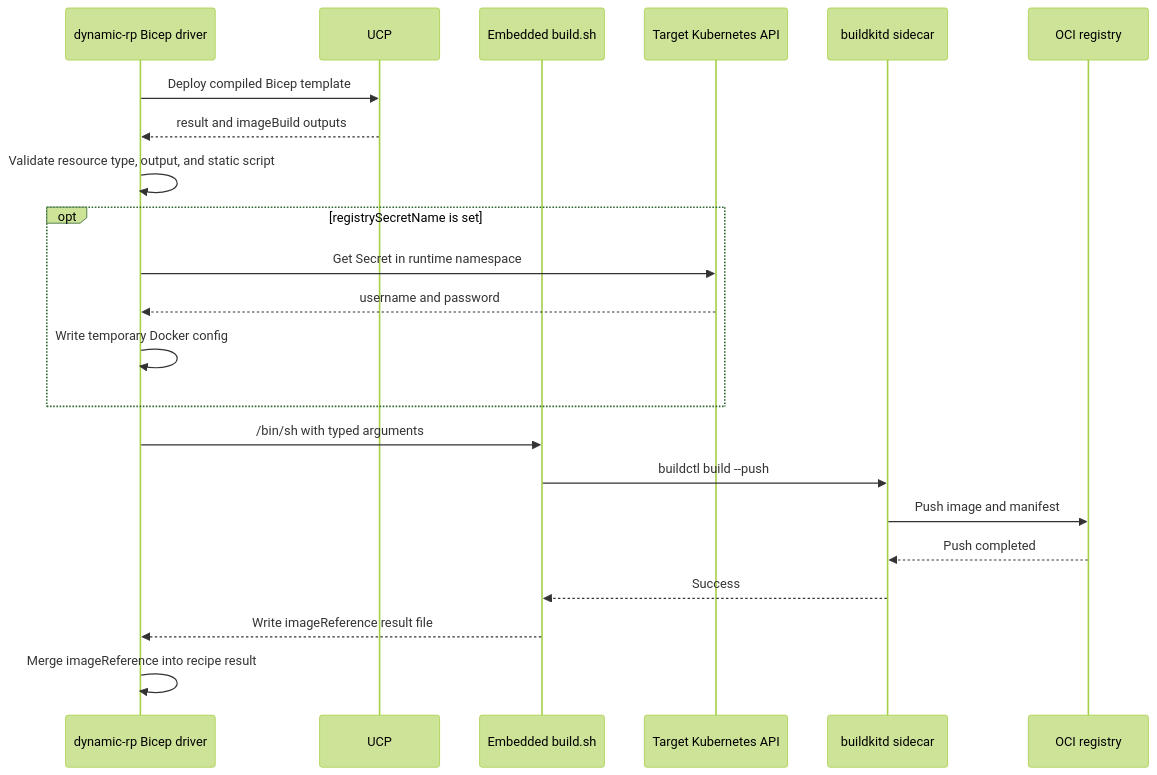
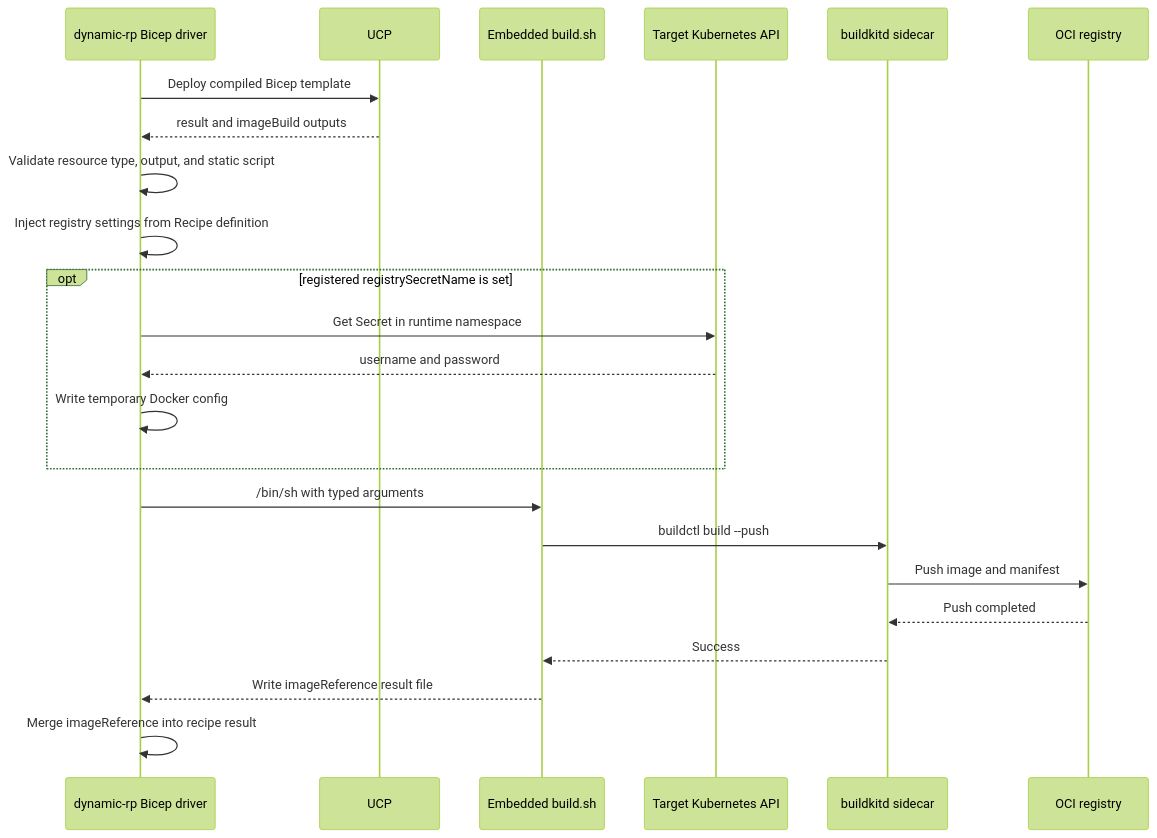
Before and after one commit to radius-project/radius: the diagram in eng/design-notes/recipes/2026-07-container-images-bicep-recipe.md, drawn with Mermaid (forest theme). The commit also changed other lines of this file, not shown here.

Commit message:
Update containerImages Bicep recipe design

````diff
--- a/eng/design-notes/recipes/2026-07-container-images-bicep-recipe.md
+++ b/eng/design-notes/recipes/2026-07-container-images-bicep-recipe.md
@@ -179,25 +179,26 @@
 ```mermaid
 sequenceDiagram
   participant DRP as dynamic-rp Bicep driver
   participant UCP
   participant Script as Embedded build.sh
   participant K8s as Target Kubernetes API
   participant BK as buildkitd sidecar
   participant Registry as OCI registry
 
   DRP->>UCP: Deploy compiled Bicep template
   UCP-->>DRP: result and imageBuild outputs
   DRP->>DRP: Validate resource type, output, and static script
-  opt registrySecretName is set
+  DRP->>DRP: Inject registry settings from Recipe definition
+  opt registered registrySecretName is set
     DRP->>K8s: Get Secret in runtime namespace
     K8s-->>DRP: username and password
     DRP->>DRP: Write temporary Docker config
   end
   DRP->>Script: /bin/sh with typed arguments
   Script->>BK: buildctl build --push
   BK->>Registry: Push image and manifest
   Registry-->>BK: Push completed
   BK-->>Script: Success
   Script-->>DRP: Write imageReference result file
   DRP->>DRP: Merge imageReference into recipe result
 ```
````
